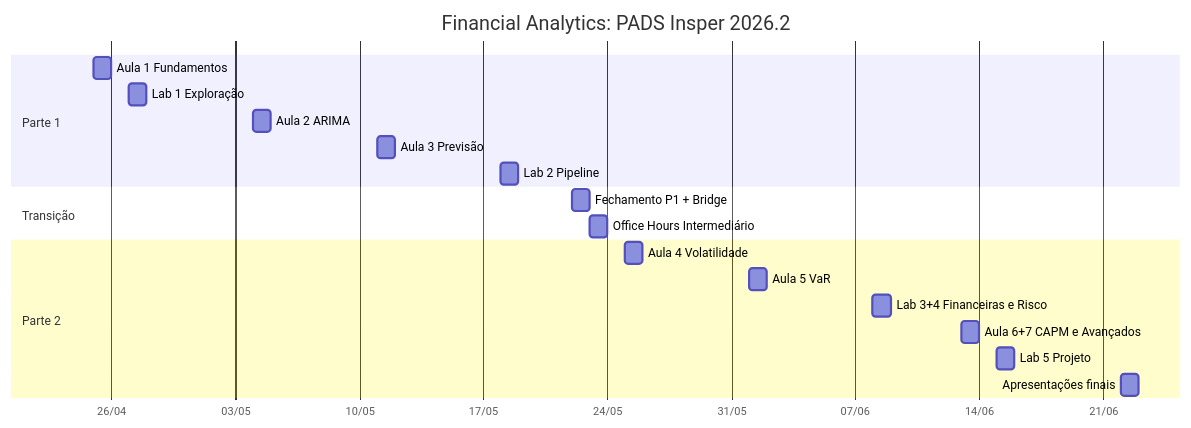
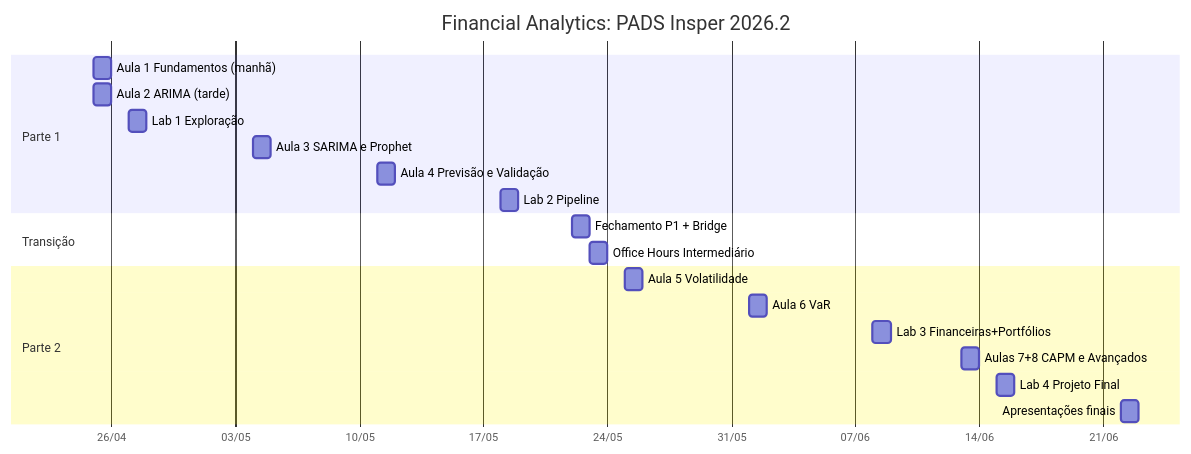
One commit to padsInsper/202632-fa changed the diagram in cronograma.qmd. Above: the diagram before and after it, drawn with Mermaid. The commit also changed other lines of this file and 50 other files, not shown here.

````diff
--- a/cronograma.qmd
+++ b/cronograma.qmd
@@ -8,26 +8,27 @@
 ```{mermaid}
 %%| fig-width: 10
 gantt
     title Financial Analytics: PADS Insper 2026.2
     dateFormat  YYYY-MM-DD
     axisFormat  %d/%m
 
     section Parte 1
-    Aula 1 Fundamentos           :a1, 2026-04-25, 1d
-    Lab 1 Exploração             :a2, 2026-04-27, 1d
-    Aula 2 ARIMA                 :a3, 2026-05-04, 1d
-    Aula 3 Previsão              :a4, 2026-05-11, 1d
-    Lab 2 Pipeline               :a5, 2026-05-18, 1d
+    Aula 1 Fundamentos (manhã)   :a1, 2026-04-25, 1d
+    Aula 2 ARIMA (tarde)         :a2, 2026-04-25, 1d
+    Lab 1 Exploração             :a3, 2026-04-27, 1d
+    Aula 3 SARIMA e Prophet      :a4, 2026-05-04, 1d
+    Aula 4 Previsão e Validação  :a5, 2026-05-11, 1d
+    Lab 2 Pipeline               :a6, 2026-05-18, 1d
 
     section Transição
     Fechamento P1 + Bridge       :t1, 2026-05-22, 1d
     Office Hours Intermediário   :t2, 2026-05-23, 1d
 
     section Parte 2
-    Aula 4 Volatilidade          :b1, 2026-05-25, 1d
-    Aula 5 VaR                   :b2, 2026-06-01, 1d
-    Lab 3+4 Financeiras e Risco  :b3, 2026-06-08, 1d
-    Aula 6+7 CAPM e Avançados    :b4, 2026-06-13, 1d
-    Lab 5 Projeto                :b5, 2026-06-15, 1d
+    Aula 5 Volatilidade          :b1, 2026-05-25, 1d
+    Aula 6 VaR                   :b2, 2026-06-01, 1d
+    Lab 3 Financeiras+Portfólios :b3, 2026-06-08, 1d
+    Aulas 7+8 CAPM e Avançados   :b4, 2026-06-13, 1d
+    Lab 4 Projeto Final          :b5, 2026-06-15, 1d
     Apresentações finais         :b6, 2026-06-22, 1d
 ```
````
